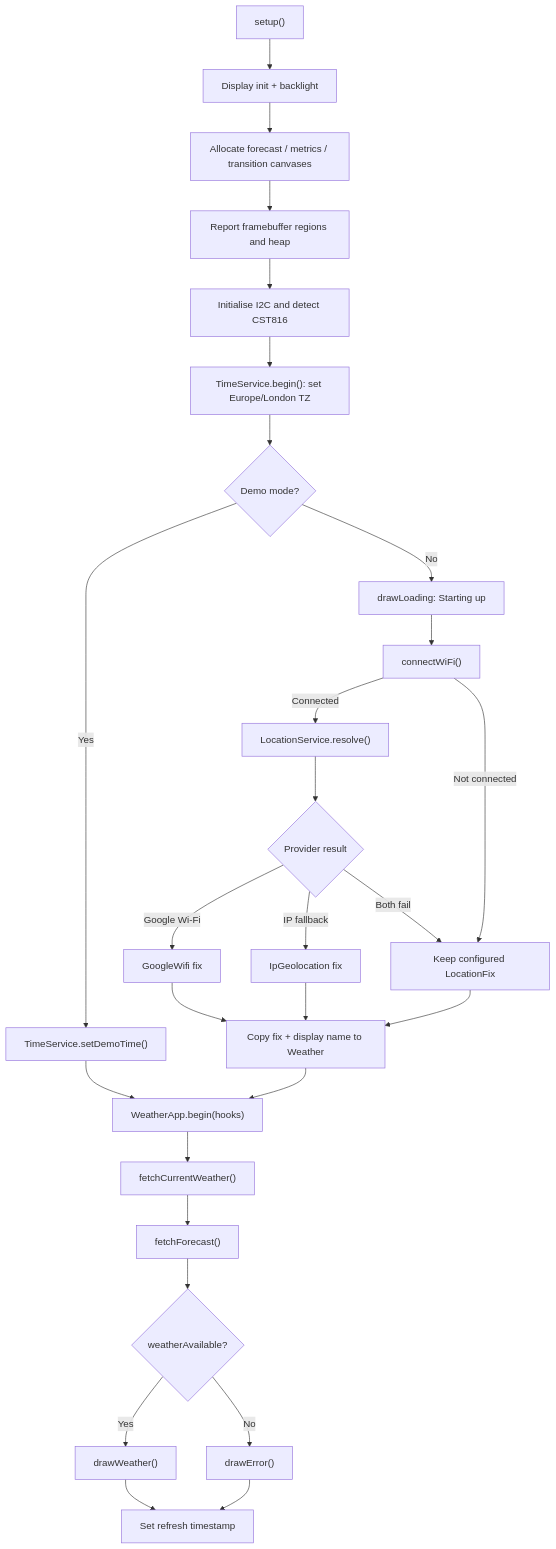
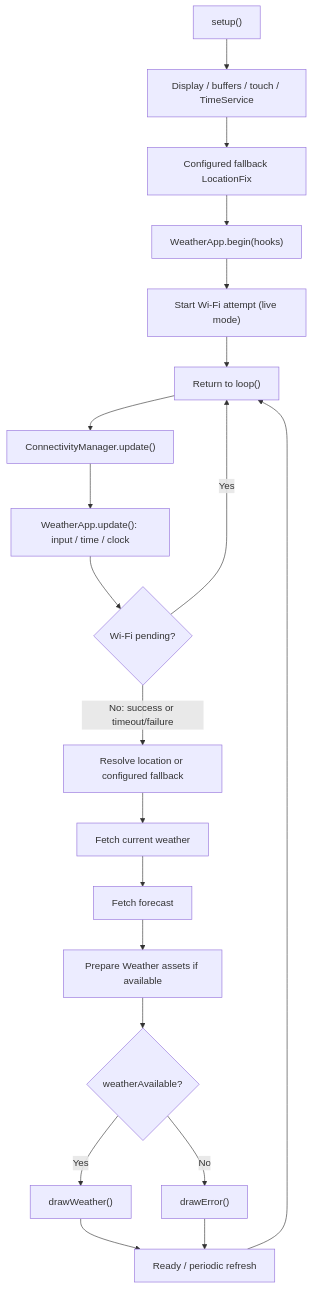
The second of 5 diagrams in docs/PHASE0_STEP2_RUNTIME_DATA_FLOW.md (mdrmx/esp32-gadget), drawn with Mermaid before and after one commit. The commit also changed other lines of this file, not shown here.

````diff
--- a/docs/PHASE0_STEP2_RUNTIME_DATA_FLOW.md
+++ b/docs/PHASE0_STEP2_RUNTIME_DATA_FLOW.md
@@ -108,30 +98,22 @@
 ```mermaid
 flowchart TD
-    A["setup()"] --> B["Display init + backlight"]
-    B --> C["Allocate forecast / metrics / transition canvases"]
-    C --> D["Report framebuffer regions and heap"]
-    D --> E["Initialise I2C and detect CST816"]
-    E --> F["TimeService.begin(): set Europe/London TZ"]
-    F --> G{"Demo mode?"}
-    G -->|Yes| H["TimeService.setDemoTime()"]
-    G -->|No| I["drawLoading: Starting up"]
-    I --> J["connectWiFi()"]
-    J -->|Connected| K["LocationService.resolve()"]
-    J -->|Not connected| L["Keep configured LocationFix"]
-    K --> M{"Provider result"}
-    M -->|Google Wi-Fi| N["GoogleWifi fix"]
-    M -->|IP fallback| O["IpGeolocation fix"]
-    M -->|Both fail| L
-    N --> P["Copy fix + display name to Weather"]
-    O --> P
-    L --> P
-    P --> Q["WeatherApp.begin(hooks)"]
-    H --> Q
-    Q --> R["fetchCurrentWeather()"]
-    R --> S["fetchForecast()"]
-    S --> T{"weatherAvailable?"}
-    T -->|Yes| U["drawWeather()"]
-    T -->|No| V["drawError()"]
-    U --> W["Set refresh timestamp"]
-    V --> W
+    A["setup()"] --> B["Display / buffers / touch / TimeService"]
+    B --> C["Configured fallback LocationFix"]
+    C --> D["WeatherApp.begin(hooks)"]
+    D --> E["Start Wi-Fi attempt (live mode)"]
+    E --> F["Return to loop()"]
+    F --> G["ConnectivityManager.update()"]
+    G --> H["WeatherApp.update(): input / time / clock"]
+    H --> I{"Wi-Fi pending?"}
+    I -->|Yes| F
+    I -->|No: success or timeout/failure| J["Resolve location or configured fallback"]
+    J --> K["Fetch current weather"]
+    K --> L["Fetch forecast"]
+    L --> M["Prepare Weather assets if available"]
+    M --> N{"weatherAvailable?"}
+    N -->|Yes| O["drawWeather()"]
+    N -->|No| P["drawError()"]
+    O --> Q["Ready / periodic refresh"]
+    P --> Q
+    Q --> F
 ```
````
